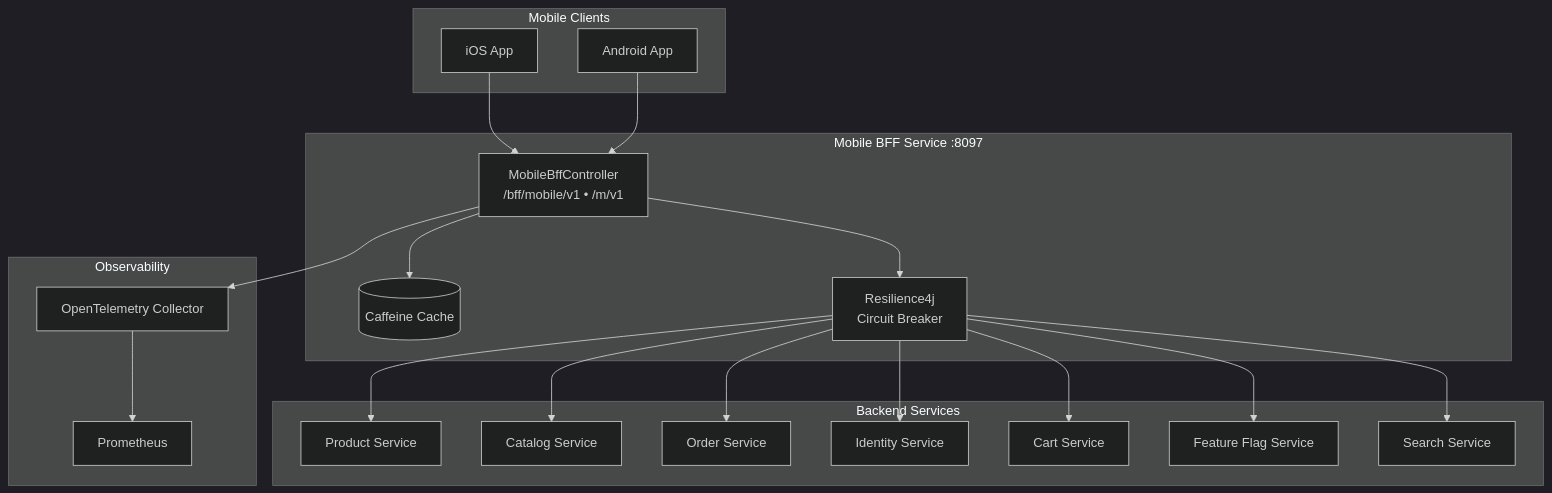
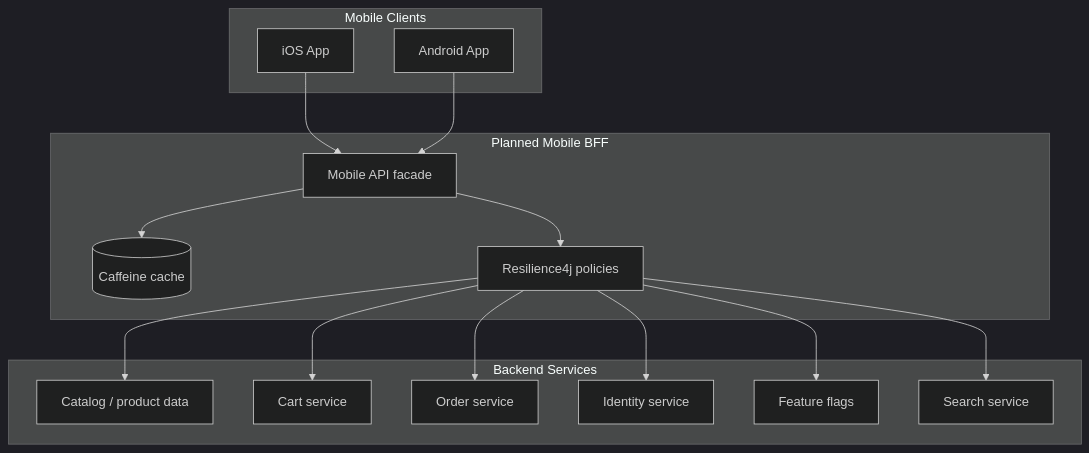
Before and after one commit to sunitakeazycommerz-a11y/InstaCommerce: the fourth of 5 diagrams in services/mobile-bff-service/README.md, drawn with Mermaid (dark theme). The commit also changed other lines of this file and 1 other file, not shown here.

First line of the commit message:
docs(edge): document scaffold gateway states

````diff
--- a/services/mobile-bff-service/README.md
+++ b/services/mobile-bff-service/README.md
@@ -19,38 +70,33 @@
 ```mermaid
 graph TB
     subgraph Mobile Clients
-        IOS[iOS App]
-        ANDROID[Android App]
+        IOS2[iOS App]
+        ANDROID2[Android App]
     end
 
-    subgraph Mobile BFF Service :8097
-        MBC[MobileBffController<br>/bff/mobile/v1 • /m/v1]
-        CACHE[(Caffeine Cache)]
-        CB[Resilience4j<br>Circuit Breaker]
+    subgraph Planned Mobile BFF
+        EDGE[Mobile API facade]
+        CACHE[(Caffeine cache)]
+        CB[Resilience4j policies]
     end
 
     subgraph Backend Services
-        PRODUCT[Product Service]
-        CATALOG[Catalog Service]
-        ORDER[Order Service]
-        USER[Identity Service]
-        CART[Cart Service]
-        FF[Feature Flag Service]
-        SEARCH[Search Service]
+        PRODUCT[Catalog / product data]
+        CART[Cart service]
+        ORDER[Order service]
+        USER[Identity service]
+        FF[Feature flags]
+        SEARCH[Search service]
     end
 
-    subgraph Observability
-        OTEL[OpenTelemetry Collector]
-        PROM[Prometheus]
-    end
-
-    IOS --> MBC
-    ANDROID --> MBC
-
-    MBC --> CACHE
-    MBC --> CB
-    CB --> PRODUCT & CATALOG & ORDER & USER & CART & FF & SEARCH
-
-    MBC --> OTEL
-    OTEL --> PROM
+    IOS2 --> EDGE
+    ANDROID2 --> EDGE
+    EDGE --> CACHE
+    EDGE --> CB
+    CB --> PRODUCT
+    CB --> CART
+    CB --> ORDER
+    CB --> USER
+    CB --> FF
+    CB --> SEARCH
 ```
````
